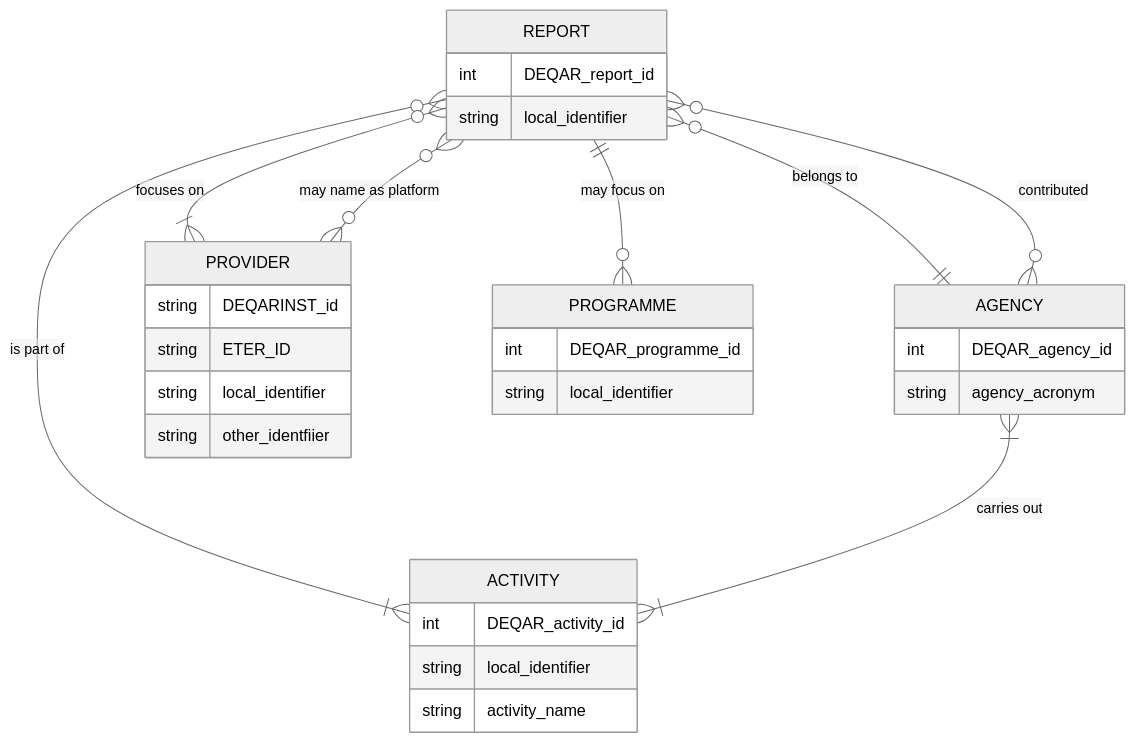
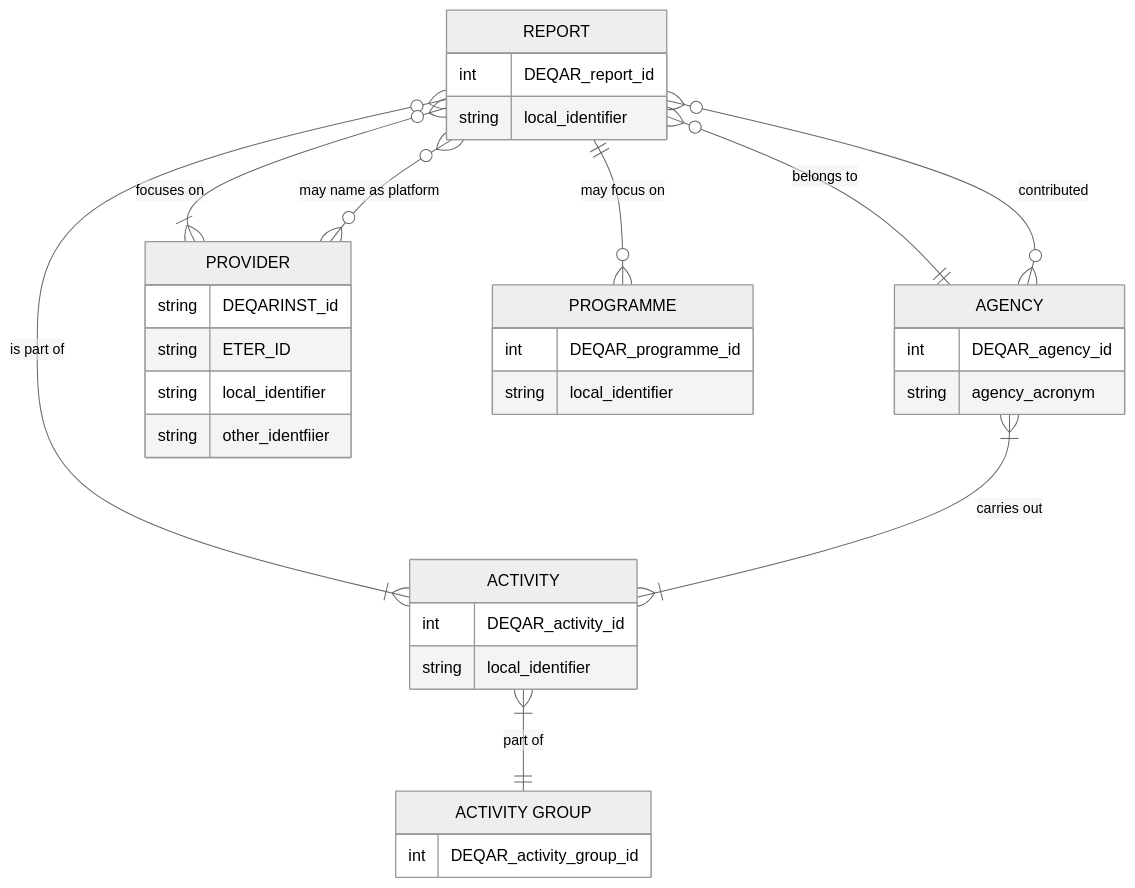
One commit to EQAR/deqar-docs changed the third of 3 diagrams in docs/architecture_data_model.md. Above: the diagram before and after it, drawn with Mermaid (neutral theme). The commit also changed other lines of this file and 2 other files, not shown here.

Commit message:
add: activity groups and ID only

````diff
--- a/docs/architecture_data_model.md
+++ b/docs/architecture_data_model.md
@@ -64,33 +64,36 @@
 ```mermaid
 erDiagram
     REPORT {
         int DEQAR_report_id
         string local_identifier
     }
     AGENCY {
         int DEQAR_agency_id
         string agency_acronym
     }
     ACTIVITY {
         int DEQAR_activity_id
         string local_identifier
-        string activity_name
+    }
+    "ACTIVITY GROUP" {
+        int DEQAR_activity_group_id
     }
     PROVIDER {
         string DEQARINST_id
         string ETER_ID
         string local_identifier
         string other_identfiier
     }
     PROGRAMME {
         int DEQAR_programme_id
         string local_identifier
     }
     REPORT }o--|| AGENCY : "belongs to"
     REPORT }o--o{ AGENCY : "contributed"
     REPORT }o--|{ ACTIVITY : "is part of"
+    ACTIVITY }|--|| "ACTIVITY GROUP" : "part of"
     REPORT }o--|{ PROVIDER : "focuses on"
     REPORT }o--o{ PROVIDER : "may name as platform"
     REPORT ||--o{ PROGRAMME : "may focus on"
     AGENCY }|--|{ ACTIVITY : "carries out"
 ```
````
